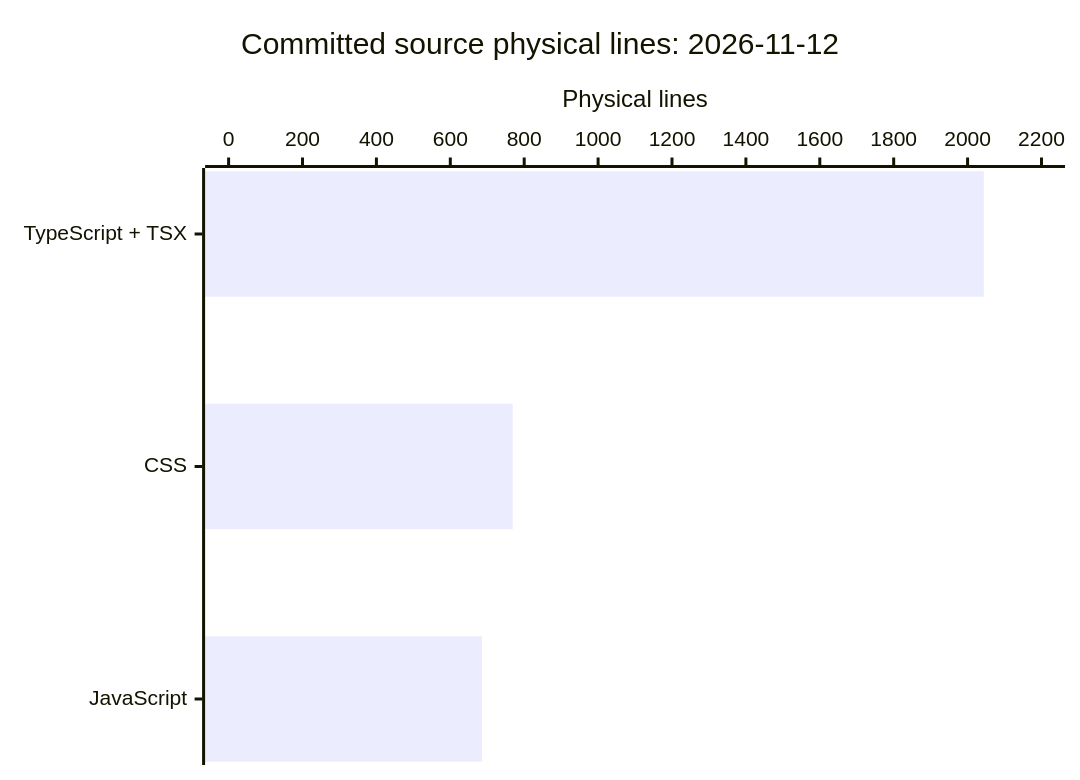
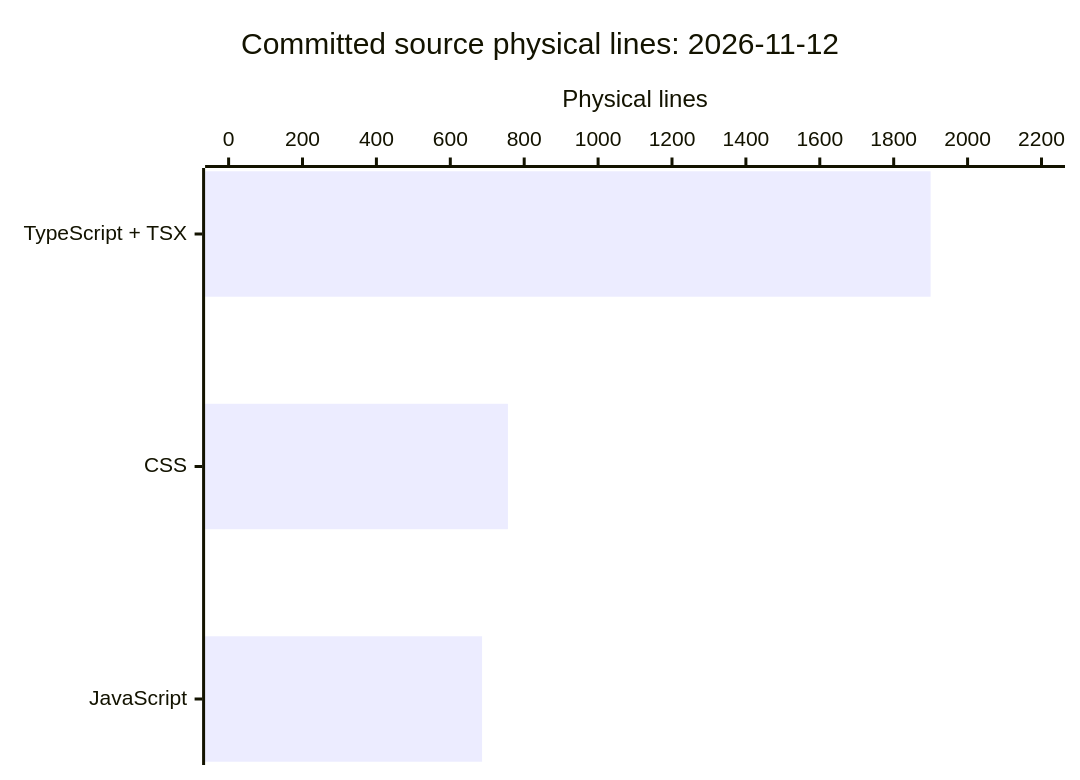
One commit to FactoryDemo/demo-storefront-practice changed the diagram in droid-wiki/by-the-numbers.md. Above: the diagram before and after it, drawn with Mermaid. The commit also changed other lines of this file and 15 other files, not shown here.

````diff
--- a/droid-wiki/by-the-numbers.md
+++ b/droid-wiki/by-the-numbers.md
@@ -26,7 +26,7 @@
 ```mermaid
 xychart-beta horizontal
   title "Committed source physical lines: 2026-11-12"
   x-axis ["TypeScript + TSX", "CSS", "JavaScript"]
   y-axis "Physical lines" 0 --> 2200
-  bar [2044, 769, 686]
+  bar [1900, 756, 686]
 ```
````
